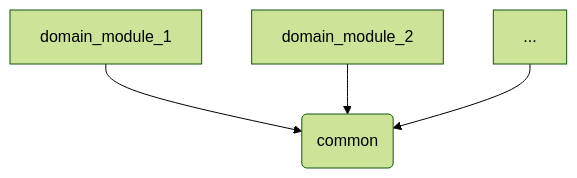
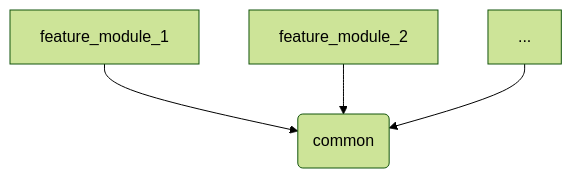
The third of 4 diagrams in README.md (Turnin-Dev/turnin-server), drawn with Mermaid (forest theme) before and after one commit. The commit also changed other lines of this file, not shown here.

````diff
--- a/README.md
+++ b/README.md
@@ -164,6 +163,6 @@
 ```mermaid
 flowchart TD
-    domain_module_1 --> c(common)
-    domain_module_2 --> c
+    feature_module_1 --> c(common)
+    feature_module_2 --> c
     ... --> c
 ```
````
